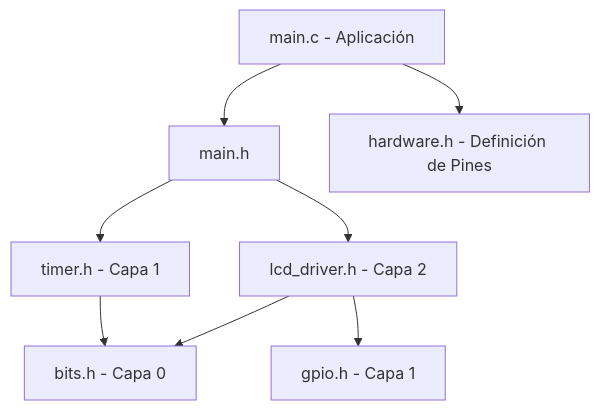
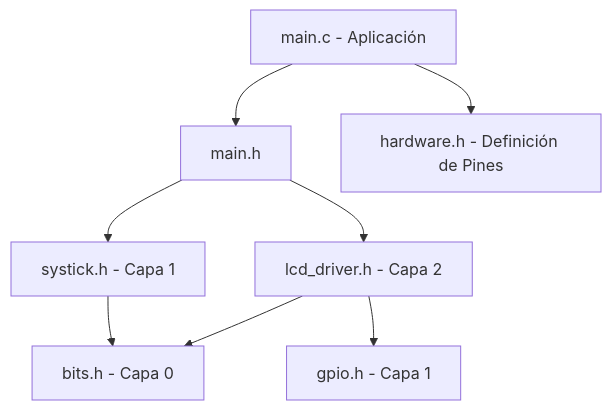
One commit to CarlitozMF/AVR-BareMetal-Lab changed the first of 2 diagrams in projects/06_LCD_Generic_Driver/README.md. Above: the diagram before and after it, drawn with Mermaid. The commit also changed other lines of this file and 49 other files, not shown here.

````diff
--- a/projects/06_LCD_Generic_Driver/README.md
+++ b/projects/06_LCD_Generic_Driver/README.md
@@ -31,10 +31,10 @@
 ```mermaid
 graph TD
     A[main.c - Aplicación] --> B[main.h]
     A --> C[hardware.h - Definición de Pines]
     B --> D[lcd_driver.h - Capa 2]
-    B --> E[timer.h - Capa 1]
+    B --> E[systick.h - Capa 1]
     D --> F[bits.h - Capa 0]
     E --> F
     D --> G[gpio.h - Capa 1]
 ```
````
